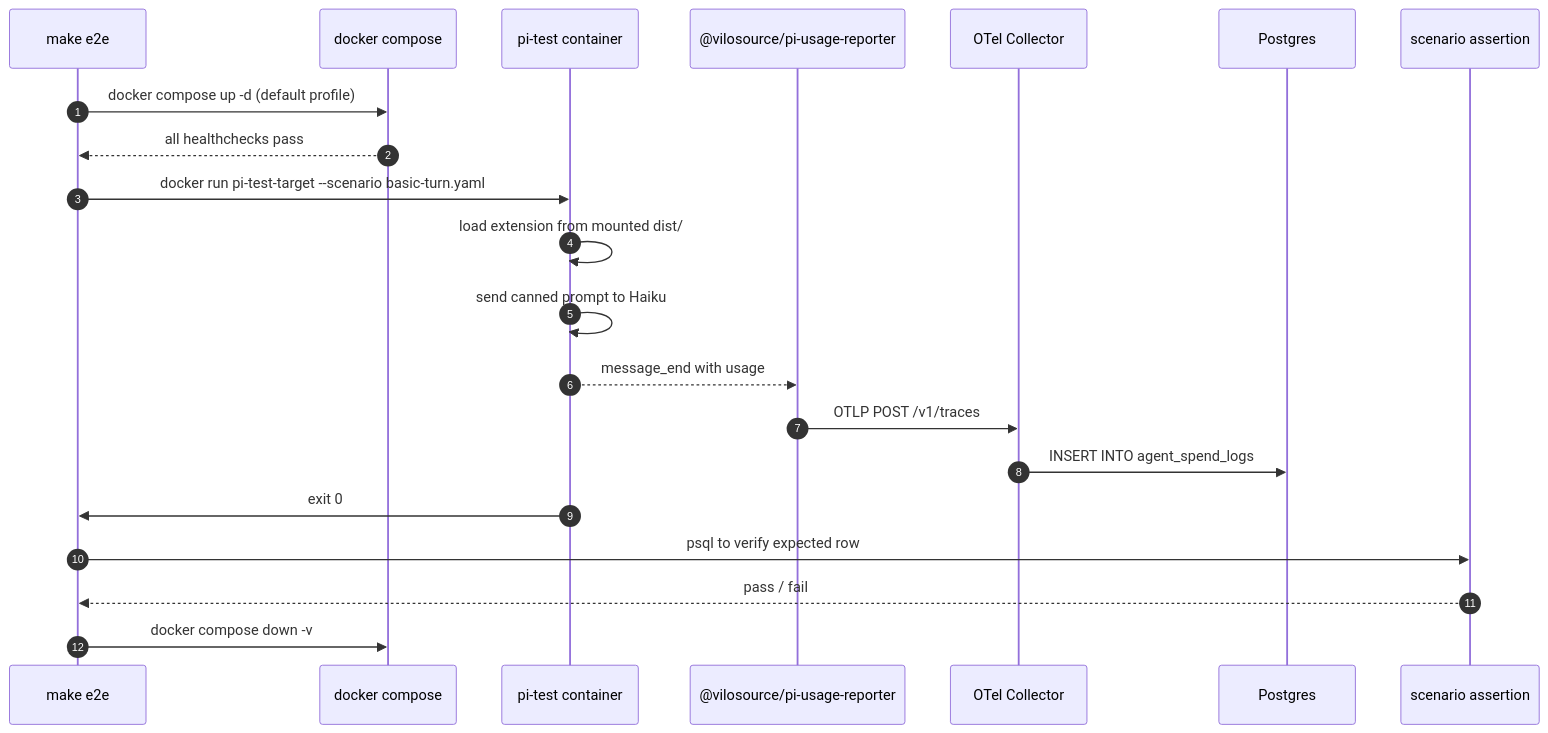
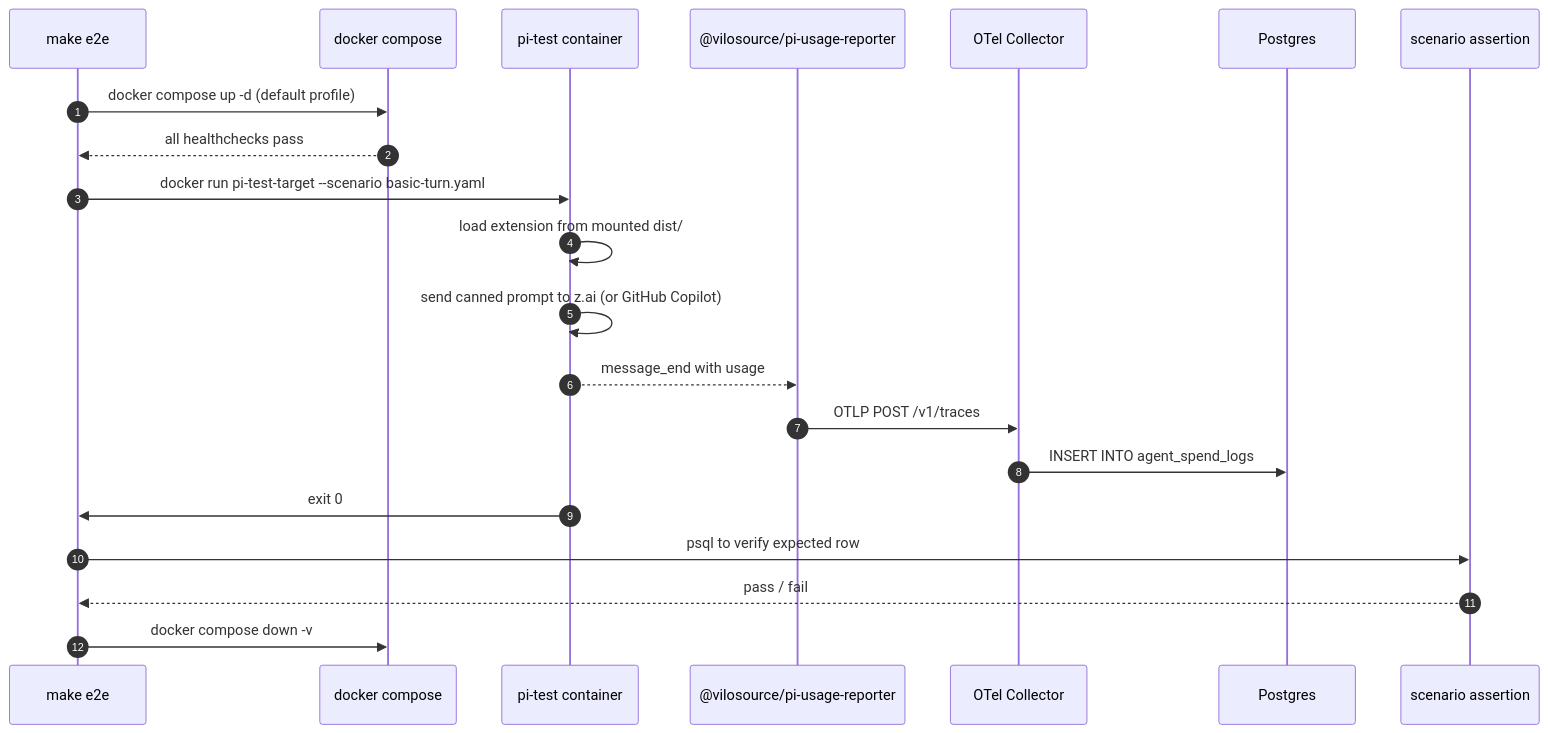
Before and after one commit to vilosource/agent-spend-dashboard: the second of 5 diagrams in docs/strategy/local-lab-STRATEGY.md, drawn with Mermaid. The commit also changed other lines of this file and 1 other file, not shown here.

````diff
--- a/docs/strategy/local-lab-STRATEGY.md
+++ b/docs/strategy/local-lab-STRATEGY.md
@@ -69,24 +69,24 @@
 ```mermaid
 sequenceDiagram
   autonumber
   participant Make as make e2e
   participant Lab as docker compose
   participant Pi as pi-test container
   participant Ext as @vilosource/pi-usage-reporter
   participant Col as OTel Collector
   participant DB as Postgres
   participant Asrt as scenario assertion
 
   Make->>Lab: docker compose up -d (default profile)
   Lab-->>Make: all healthchecks pass
   Make->>Pi: docker run pi-test-target --scenario basic-turn.yaml
   Pi->>Pi: load extension from mounted dist/
-  Pi->>Pi: send canned prompt to Haiku
+  Pi->>Pi: send canned prompt to z.ai (or GitHub Copilot)
   Pi-->>Ext: message_end with usage
   Ext->>Col: OTLP POST /v1/traces
   Col->>DB: INSERT INTO agent_spend_logs
   Pi->>Make: exit 0
   Make->>Asrt: psql to verify expected row
   Asrt-->>Make: pass / fail
   Make->>Lab: docker compose down -v
 ```
````
